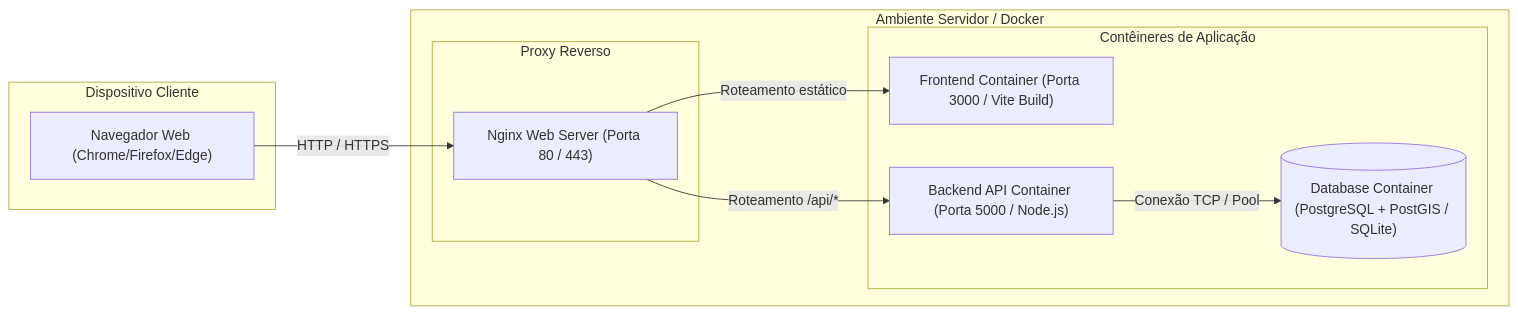
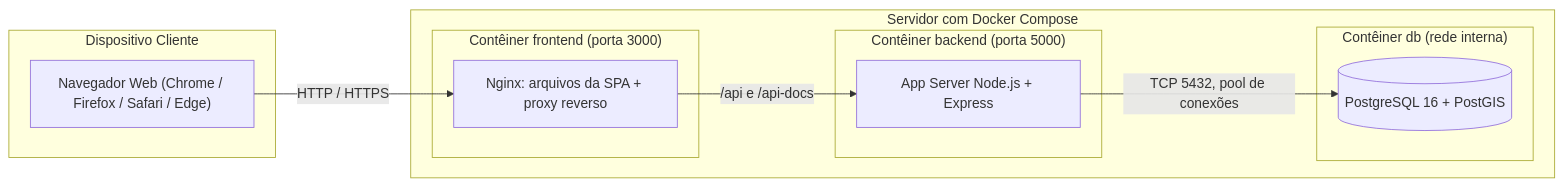
One commit to ironJohnsson/Restoraveis2 changed the sixth of 6 diagrams in docs/uml/diagramas_uml_completos.md. Above: the diagram before and after it, drawn with Mermaid. The commit also changed other lines of this file and 18 other files, not shown here.

````diff
--- a/docs/uml/diagramas_uml_completos.md
+++ b/docs/uml/diagramas_uml_completos.md
@@ -244,23 +281,22 @@
 ```mermaid
 flowchart LR
     subgraph Cliente ["Dispositivo Cliente"]
-        Browser["Navegador Web (Chrome/Firefox/Edge)"]
+        Browser["Navegador Web (Chrome / Firefox / Safari / Edge)"]
     end
 
-    subgraph Host ["Ambiente Servidor / Docker"]
-        subgraph Proxy ["Proxy Reverso"]
-            Nginx["Nginx Web Server (Porta 80 / 443)"]
+    subgraph Host ["Servidor com Docker Compose"]
+        subgraph CFront ["Contêiner frontend (porta 3000)"]
+            Nginx["Nginx: arquivos da SPA + proxy reverso"]
         end
-
-        subgraph Containers ["Contêineres de Aplicação"]
-            AppFront["Frontend Container (Porta 3000 / Vite Build)"]
-            AppBack["Backend API Container (Porta 5000 / Node.js)"]
-            DBServer[("Database Container (PostgreSQL + PostGIS / SQLite)")]
+        subgraph CBack ["Contêiner backend (porta 5000)"]
+            Node["App Server Node.js + Express"]
+        end
+        subgraph CDb ["Contêiner db (rede interna)"]
+            DBServer[("PostgreSQL 16 + PostGIS")]
         end
     end
 
     Browser -->|HTTP / HTTPS| Nginx
-    Nginx -->|Roteamento estático| AppFront
-    Nginx -->|Roteamento /api/*| AppBack
-    AppBack -->|Conexão TCP / Pool| DBServer
+    Nginx -->|/api e /api-docs| Node
+    Node -->|TCP 5432, pool de conexões| DBServer
 ```
````
